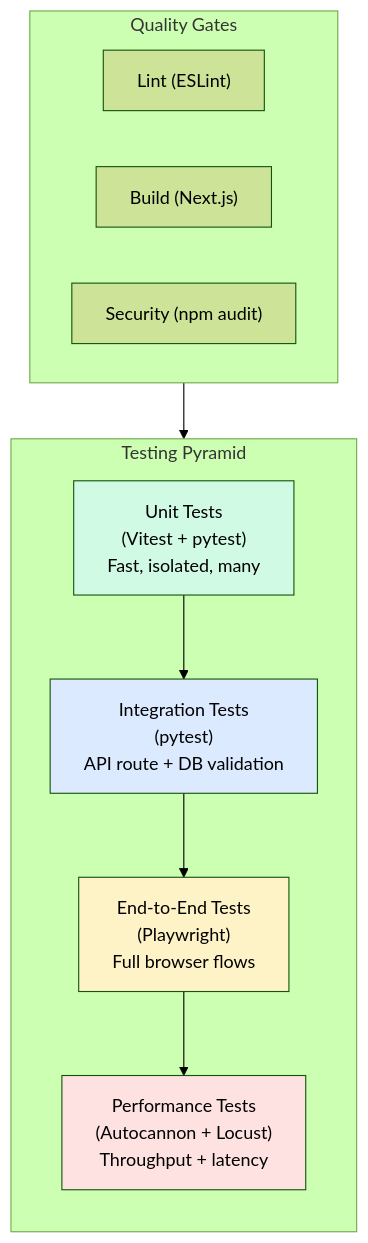
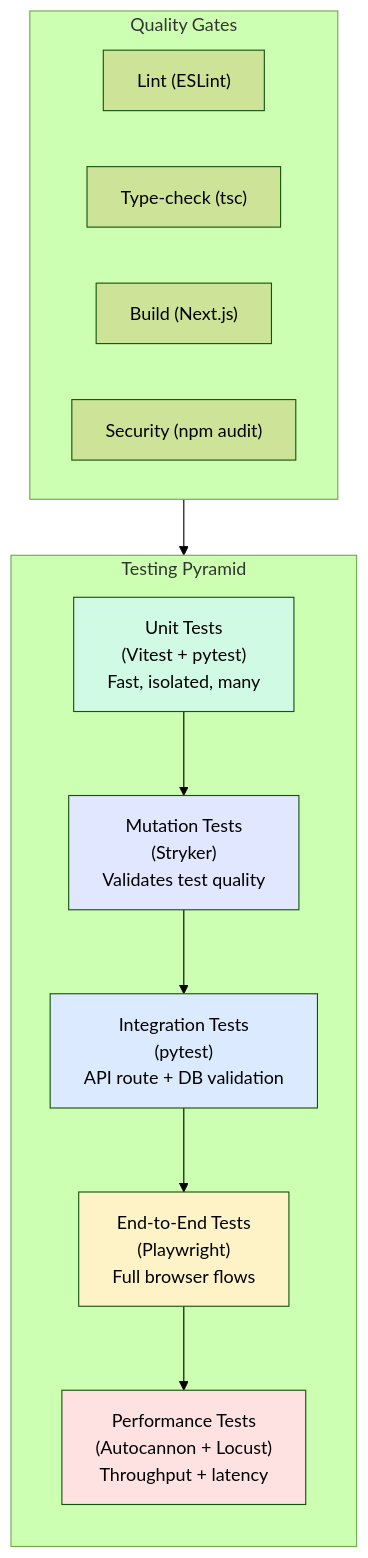
Before and after one commit to Oweeboi011/Fit-Ready-IQ: the first of 8 diagrams in docs/wiki/TESTING.md, drawn with Mermaid (forest theme). The commit also changed other lines of this file and 17 other files, not shown here.

First line of the commit message:
ci: simplify to trunk-based flow and fix review bugs

````diff
--- a/docs/wiki/TESTING.md
+++ b/docs/wiki/TESTING.md
@@ -22,27 +23,31 @@
 ```mermaid
 graph TB
     subgraph Layers["Testing Pyramid"]
         direction TB
         Unit["Unit Tests<br/>(Vitest + pytest)<br/>Fast, isolated, many"]
+        Mutation["Mutation Tests<br/>(Stryker)<br/>Validates test quality"]
         Integration["Integration Tests<br/>(pytest)<br/>API route + DB validation"]
         E2E["End-to-End Tests<br/>(Playwright)<br/>Full browser flows"]
         Load["Performance Tests<br/>(Autocannon + Locust)<br/>Throughput + latency"]
     end
 
     subgraph Gates["Quality Gates"]
         Lint["Lint (ESLint)"]
+        TypeCheck["Type-check (tsc)"]
         Build["Build (Next.js)"]
         Audit["Security (npm audit)"]
     end
 
-    Unit --> Integration
+    Unit --> Mutation
+    Mutation --> Integration
     Integration --> E2E
     E2E --> Load
 
     Gates --> Unit
 
     style Unit fill:#d1fae5
+    style Mutation fill:#e0e7ff
     style Integration fill:#dbeafe
     style E2E fill:#fef3c7
     style Load fill:#fee2e2
 ```
````
